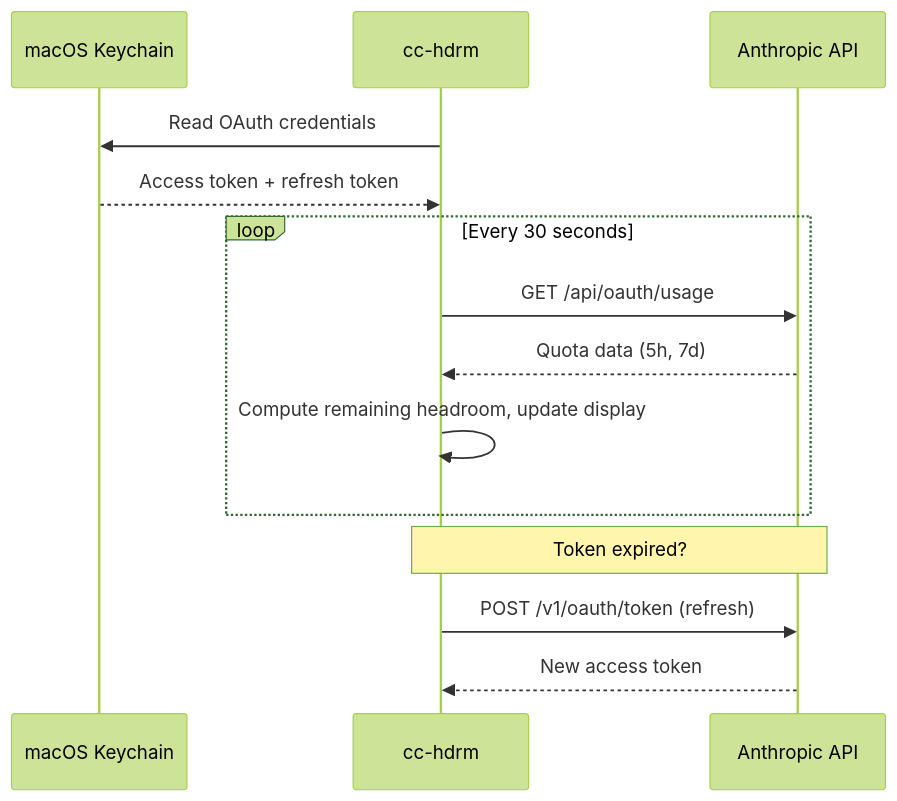
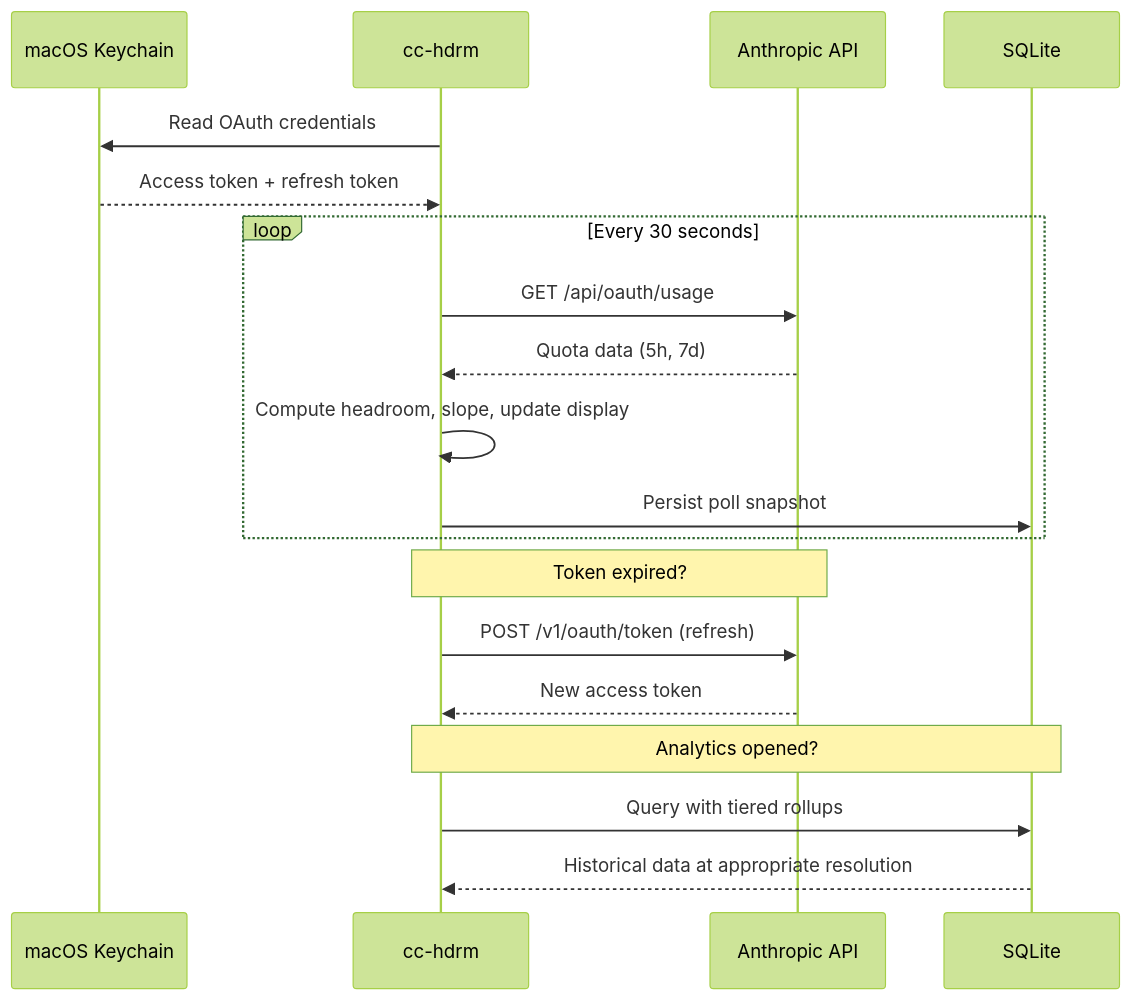
Before and after one commit to rajish/cc-hdrm: the diagram in README.md, drawn with Mermaid (forest theme). The commit also changed other lines of this file and 4 other files, not shown here.

````diff
--- a/README.md
+++ b/README.md
@@ -70,17 +110,22 @@
 ```mermaid
 sequenceDiagram
     participant K as macOS Keychain
     participant A as cc-hdrm
     participant API as Anthropic API
+    participant DB as SQLite
 
     A->>K: Read OAuth credentials
     K-->>A: Access token + refresh token
     loop Every 30 seconds
         A->>API: GET /api/oauth/usage
         API-->>A: Quota data (5h, 7d)
-        A->>A: Compute remaining headroom, update display
+        A->>A: Compute headroom, slope, update display
+        A->>DB: Persist poll snapshot
     end
     Note over A,API: Token expired?
     A->>API: POST /v1/oauth/token (refresh)
     API-->>A: New access token
+    Note over A,DB: Analytics opened?
+    A->>DB: Query with tiered rollups
+    DB-->>A: Historical data at appropriate resolution
 ```
````
